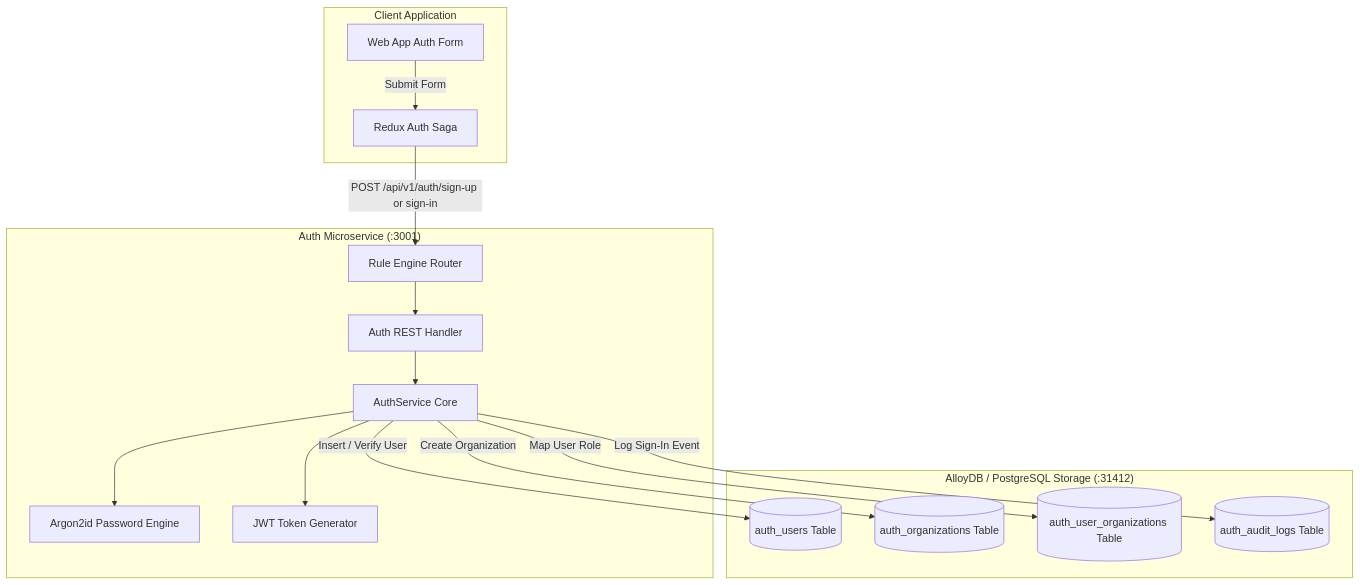
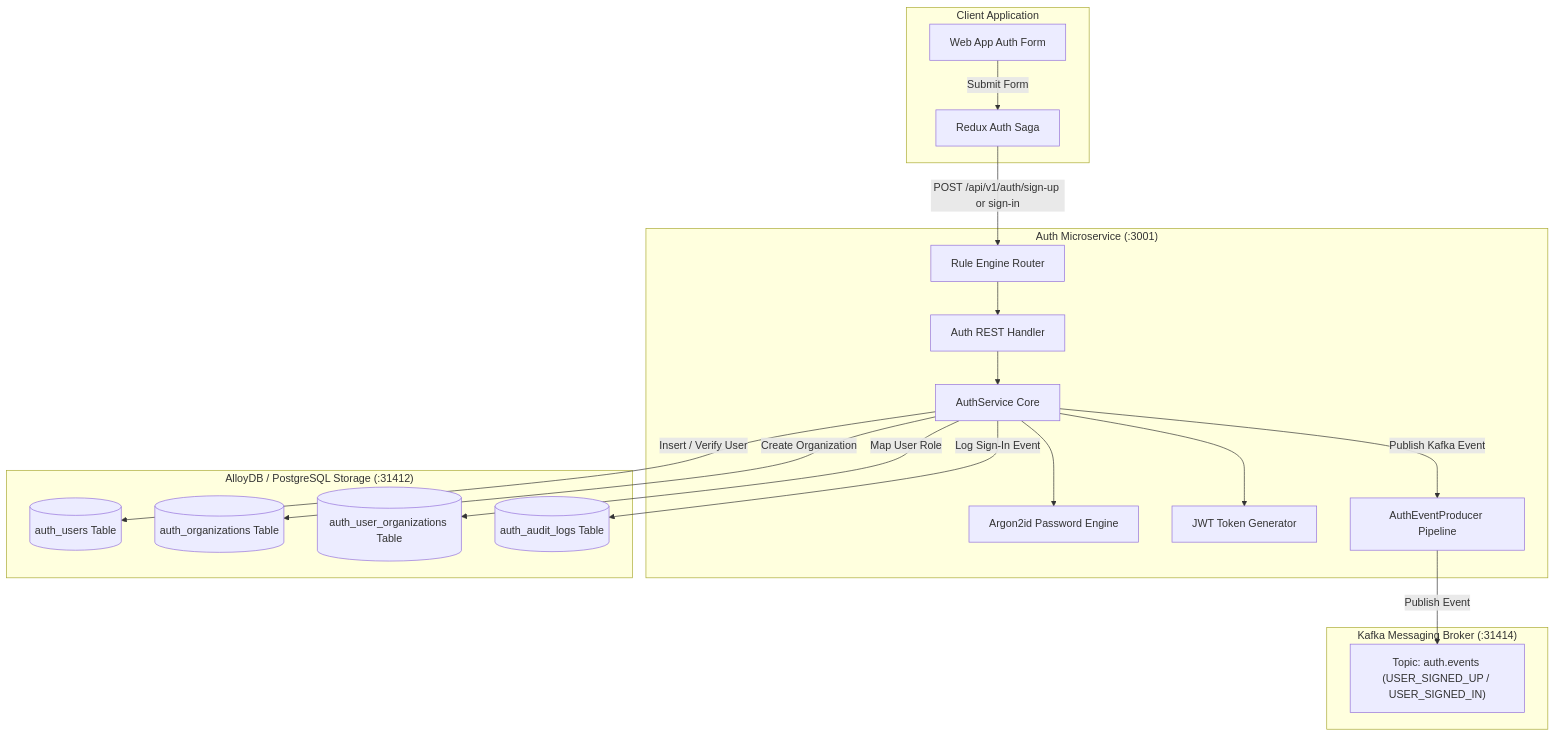
The first of 3 diagrams in packages/node/auth/adr/0002-authentication-user-registration-and-signin-flow.md (Chief-Strategist-J/llm-observability-platform), drawn with Mermaid before and after one commit. The commit also changed other lines of this file and 2 other files, not shown here.

Commit message:
feat(auth/messaging): wire Kafka AuthEventProducer and AuthEventConsumer into auth lifecycle

````diff
--- a/packages/node/auth/adr/0002-authentication-user-registration-and-signin-flow.md
+++ b/packages/node/auth/adr/0002-authentication-user-registration-and-signin-flow.md
@@ -11,35 +11,42 @@
 ```mermaid
 flowchart TD
     subgraph Client["Client Application"]
         UI["Web App Auth Form"]
         Saga["Redux Auth Saga"]
     end
 
     subgraph Service["Auth Microservice (:3001)"]
         Router["Rule Engine Router"]
         AuthHandler["Auth REST Handler"]
         DomainCore["AuthService Core"]
         ArgonEngine["Argon2id Password Engine"]
         JWTEngine["JWT Token Generator"]
+        KafkaProducer["AuthEventProducer Pipeline"]
+    end
+
+    subgraph Messaging["Kafka Messaging Broker (:31414)"]
+        KafkaTopic["Topic: auth.events (USER_SIGNED_UP / USER_SIGNED_IN)"]
     end
 
     subgraph Persistence["AlloyDB / PostgreSQL Storage (:31412)"]
         UsersTable[("auth_users Table")]
         OrgsTable[("auth_organizations Table")]
         MappingsTable[("auth_user_organizations Table")]
         AuditLogsTable[("auth_audit_logs Table")]
     end
 
     UI -->|Submit Form| Saga
     Saga -->|POST /api/v1/auth/sign-up or sign-in| Router
     Router --> AuthHandler
     AuthHandler --> DomainCore
 
     DomainCore --> ArgonEngine
     DomainCore --> JWTEngine
+    DomainCore -->|Publish Kafka Event| KafkaProducer
+    KafkaProducer -->|Publish Event| KafkaTopic
 
     DomainCore -->|Insert / Verify User| UsersTable
     DomainCore -->|Create Organization| OrgsTable
     DomainCore -->|Map User Role| MappingsTable
     DomainCore -->|Log Sign-In Event| AuditLogsTable
 ```
````
